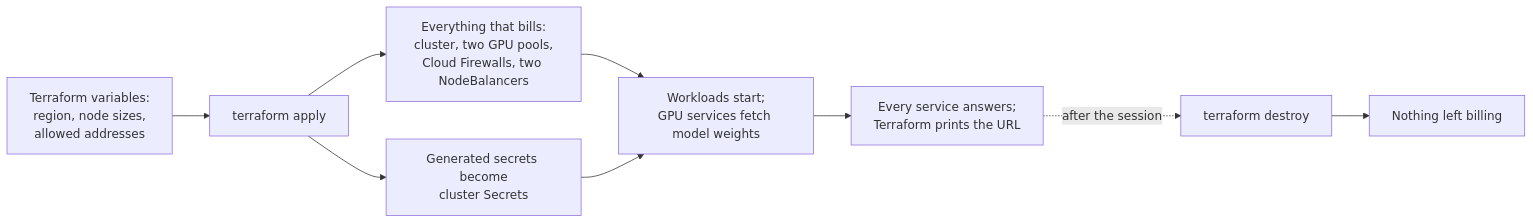
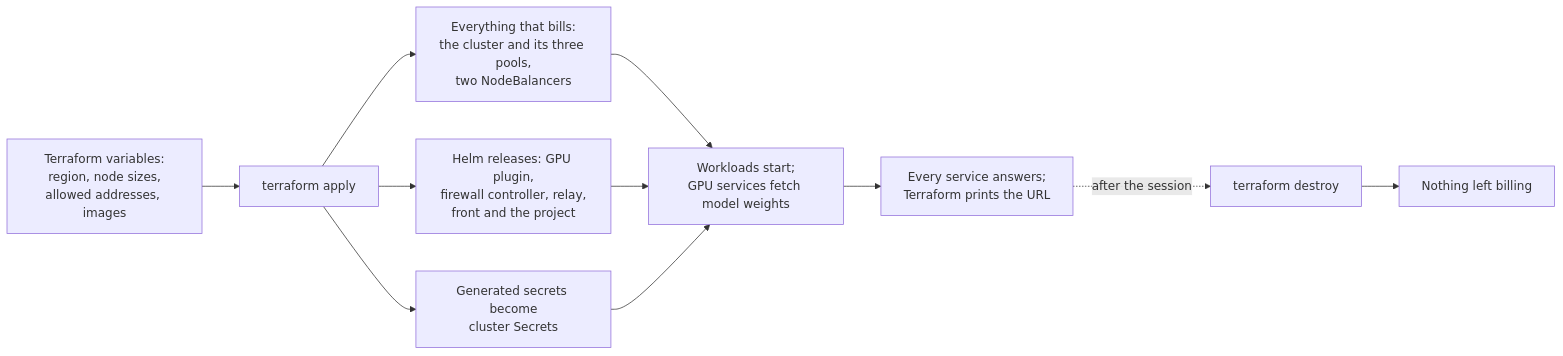
One commit to akafinch/voice-companion-loop changed the third of 3 diagrams in docs/design/architecture-overview.md. Above: the diagram before and after it, drawn with Mermaid. The commit also changed other lines of this file and 1 other file, not shown here.

````diff
--- a/docs/design/architecture-overview.md
+++ b/docs/design/architecture-overview.md
@@ -144,11 +162,13 @@
 ```mermaid
 flowchart LR
-    vars["Terraform variables:<br/>region, node sizes,<br/>allowed addresses"] --> apply["terraform apply"]
-    apply --> billable["Everything that bills:<br/>cluster, two GPU pools,<br/>Cloud Firewalls, two NodeBalancers"]
+    vars["Terraform variables:<br/>region, node sizes,<br/>allowed addresses, images"] --> apply["terraform apply"]
+    apply --> billable["Everything that bills:<br/>the cluster and its three pools,<br/>two NodeBalancers"]
+    apply --> releases["Helm releases: GPU plugin,<br/>firewall controller, relay,<br/>front and the project"]
     apply --> secrets["Generated secrets become<br/>cluster Secrets"]
     billable --> start["Workloads start;<br/>GPU services fetch model weights"]
+    releases --> start
     secrets --> start
     start --> ready["Every service answers;<br/>Terraform prints the URL"]
     ready -. "after the session" .-> destroy["terraform destroy"]
     destroy --> zero["Nothing left billing"]
 ```
````
